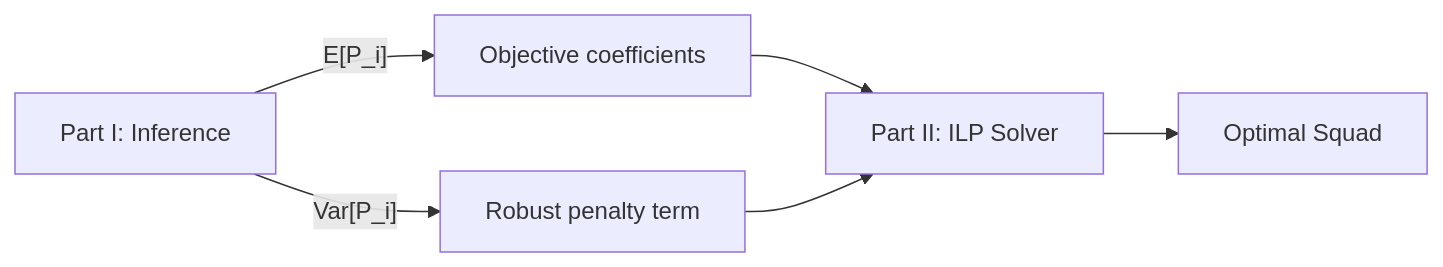
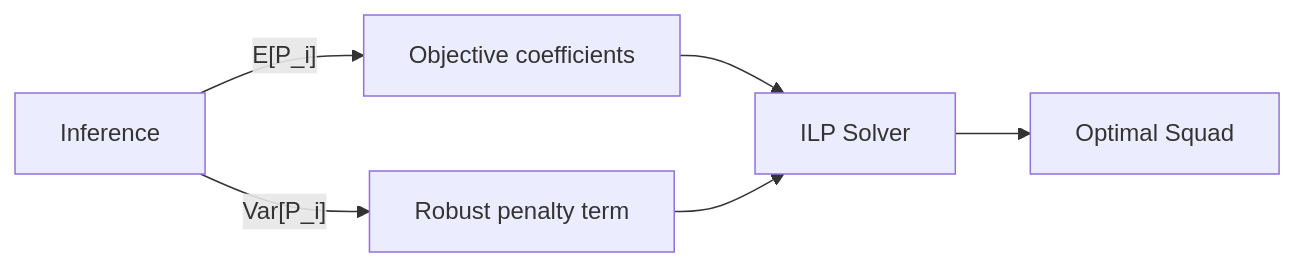
The diagram in docs/optimization/index.md (fnhirwa/fantasypl), drawn with Mermaid before and after one commit. The commit also changed other lines of this file and 5 other files, not shown here.

````diff
--- a/docs/optimization/index.md
+++ b/docs/optimization/index.md
@@ -18,8 +18,8 @@
 ``` mermaid
 graph LR
-    INF["Part I: Inference"] -->|"E[P_i]"| OBJ["Objective coefficients"]
+    INF["Inference"] -->|"E[P_i]"| OBJ["Objective coefficients"]
     INF -->|"Var[P_i]"| ROB["Robust penalty term"]
-    OBJ --> ILP["Part II: ILP Solver"]
+    OBJ --> ILP["ILP Solver"]
     ROB --> ILP
     ILP --> SQUAD["Optimal Squad"]
 ```
````
